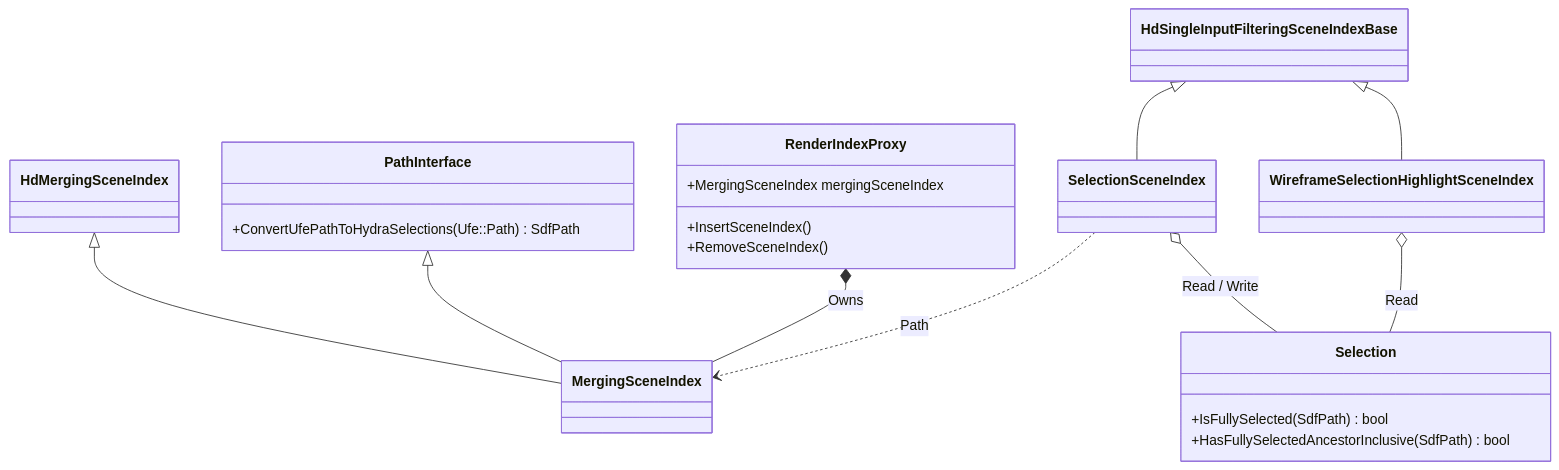
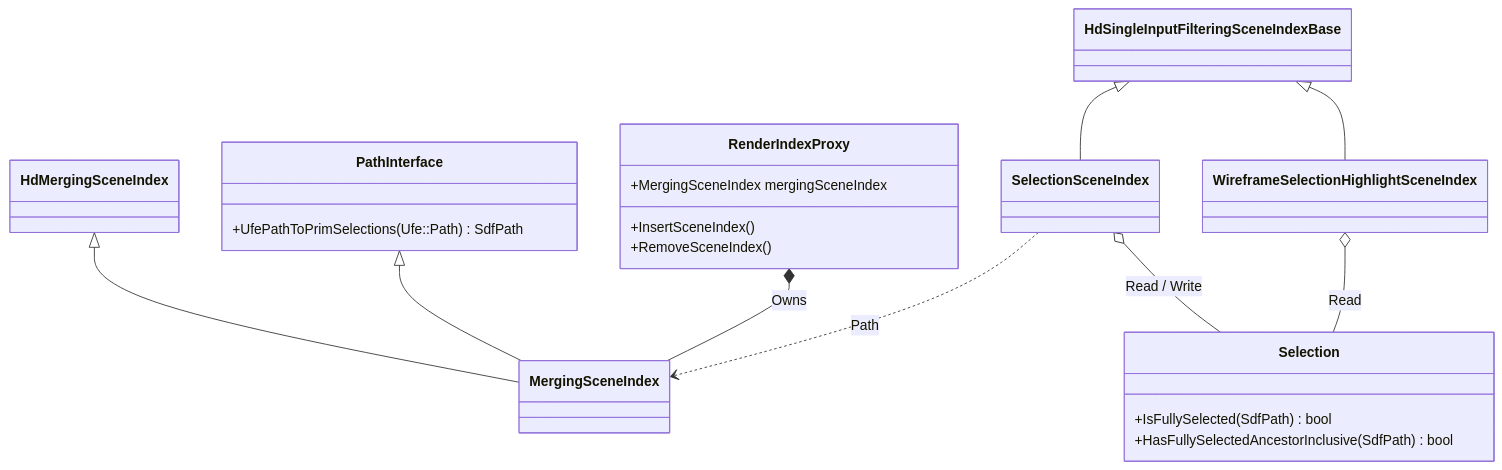
The second of 2 diagrams in doc/selectionHighlightingArchitecture.md (Autodesk/maya-hydra), drawn with Mermaid before and after one commit. The commit also changed other lines of this file and 20 other files, not shown here.

Commit message:
Rename ConvertUfePathToHydraSelections to UfePathToPrimSelections

````diff
--- a/doc/selectionHighlightingArchitecture.md
+++ b/doc/selectionHighlightingArchitecture.md
@@ -226,39 +226,39 @@
 ```mermaid
 classDiagram
 class HdSingleInputFilteringSceneIndexBase
 class HdMergingSceneIndex
 
 class Selection{
 +IsFullySelected(SdfPath) bool
 +HasFullySelectedAncestorInclusive(SdfPath) bool
 }
 
 class PathInterface{
-+ConvertUfePathToHydraSelections(Ufe::Path) SdfPath
++UfePathToPrimSelections(Ufe::Path) SdfPath
 }
 
 class SelectionSceneIndex
 class MergingSceneIndex
 class WireframeSelectionHighlightSceneIndex
 
 class RenderIndexProxy{
 +MergingSceneIndex mergingSceneIndex
 +InsertSceneIndex()
 +RemoveSceneIndex()
 }
 
 HdSingleInputFilteringSceneIndexBase <|-- SelectionSceneIndex
 
 HdMergingSceneIndex <|-- MergingSceneIndex
 PathInterface       <|-- MergingSceneIndex
 
 HdSingleInputFilteringSceneIndexBase <|-- WireframeSelectionHighlightSceneIndex
 
 RenderIndexProxy *-- MergingSceneIndex : Owns
 
 SelectionSceneIndex ..> MergingSceneIndex : Path
 
 SelectionSceneIndex o-- Selection : Read / Write
 
 WireframeSelectionHighlightSceneIndex o-- Selection : Read
 ```
````
